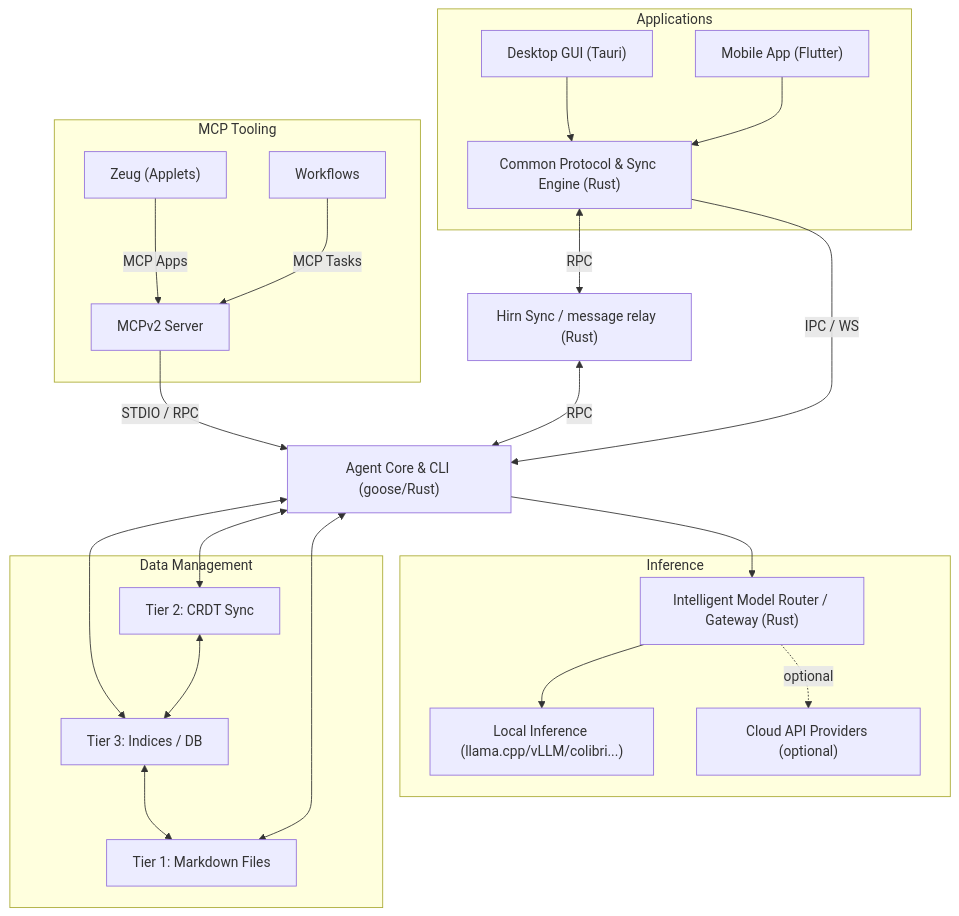
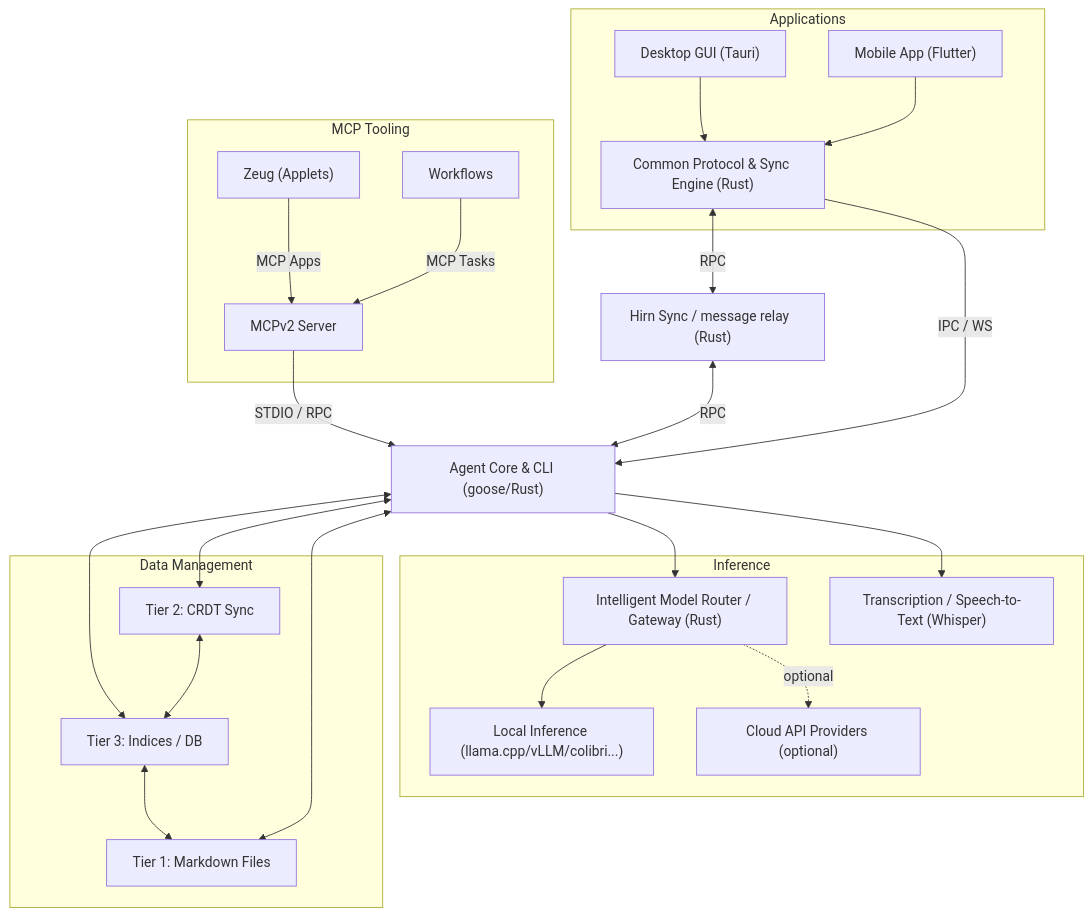
One commit to hirnlabs/hirn changed the diagram in README.md. Above: the diagram before and after it, drawn with Mermaid. The commit also changed other lines of this file and 30 other files, not shown here.

````diff
--- a/README.md
+++ b/README.md
@@ -123,49 +123,51 @@
 ```mermaid
 flowchart TD
     subgraph Apps ["Applications"]
         Desktop["Desktop GUI (Tauri)"]
         Mobile["Mobile App (Flutter)"]
         SyncEngine["Common Protocol & Sync Engine (Rust)"]
 
         Desktop --> SyncEngine
         Mobile --> SyncEngine
     end
 
     subgraph MCP ["MCP Tooling"]
         Zeug["Zeug (Applets)"] -- "MCP Apps" --> MCPServer["MCPv2 Server"]
         Workflows["Workflows"] -- "MCP Tasks" --> MCPServer
     end
 
     SyncEngine -- "RPC" <--> Cloud["Hirn Sync / message relay  (Rust)"]
 
     SyncEngine -- "IPC / WS" --> Core["Agent Core & CLI (goose/Rust)"]
     MCPServer -- "STDIO / RPC" --> Core
 
     Cloud  -- "RPC" <--> Core
 
     
 
     subgraph Data ["Data Management"]
         T2["Tier 2: CRDT Sync"]
         T3["Tier 3: Indices / DB"]
         T1["Tier 1: Markdown Files"]
 
         T2 <--> T3
         T3 <--> T1
     end
 
 
     subgraph Inference ["Inference"]
         Router["Intelligent Model Router / Gateway (Rust)"]
         LLMs["Local Inference (llama.cpp/vLLM/colibri...)"]
+        STT["Transcription / Speech-to-Text (Whisper)"]
         CloudLLMs["Cloud API Providers (optional)"]
 
         Router --> LLMs
         Router -. "optional" .-> CloudLLMs
     end
 
     Core <--> T3
     Core <--> T2
     Core <--> T1
     Core --> Router
+    Core --> STT
 ```
````
